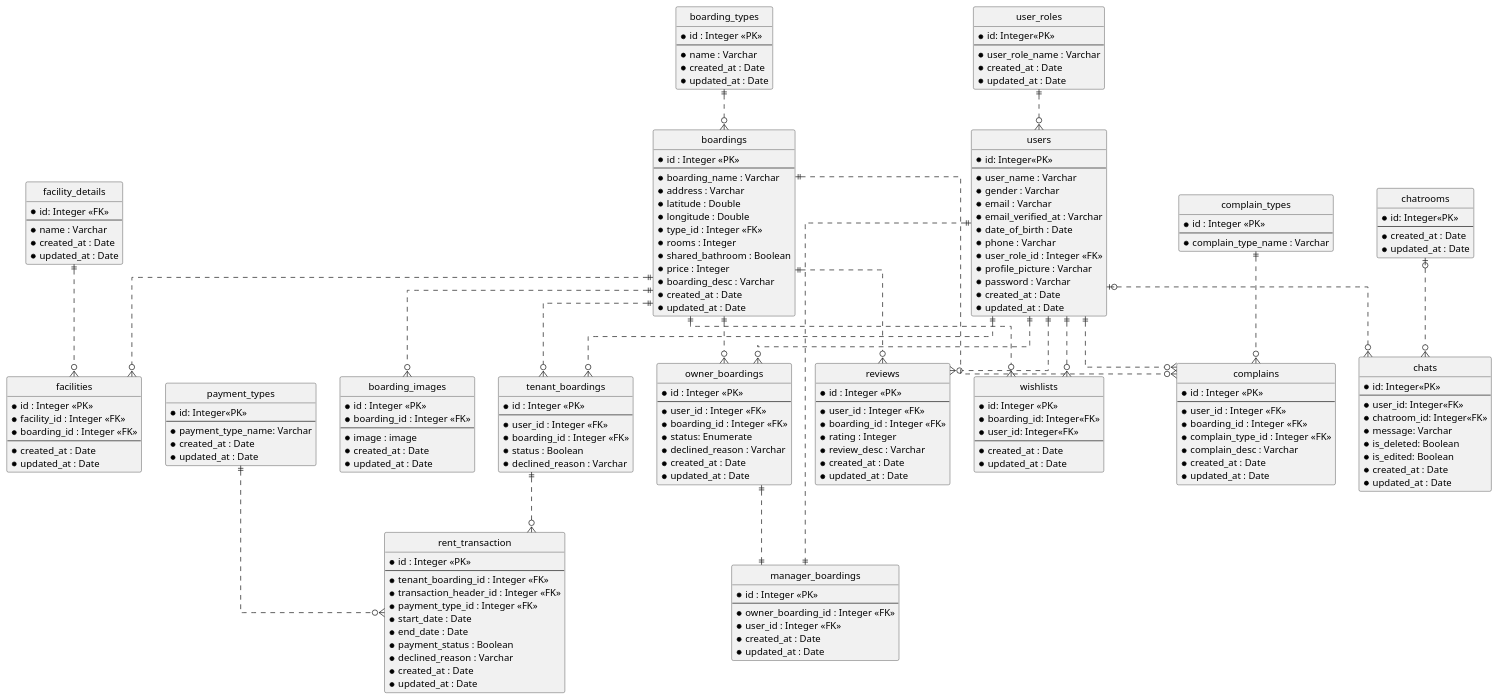
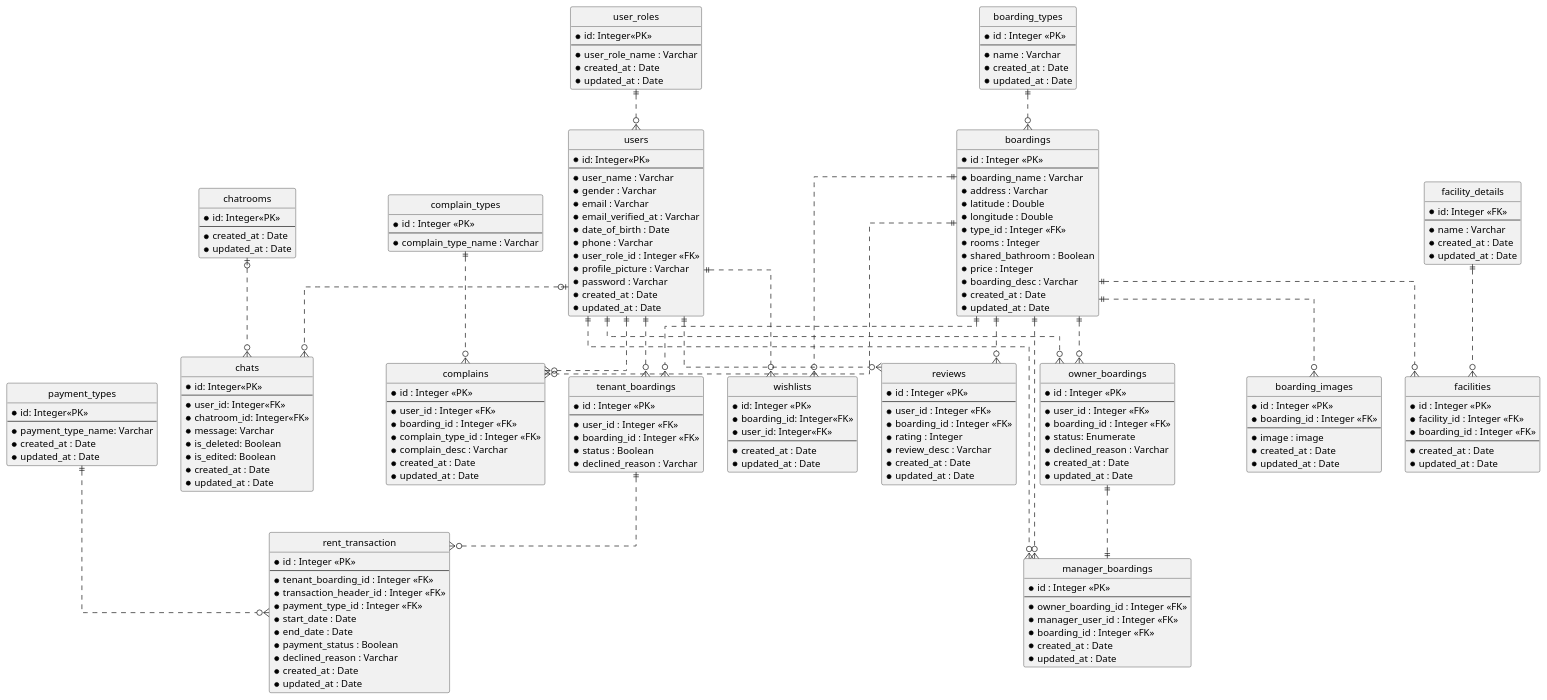
The diagram in Design/BHFMS_ERD.puml (AntWort21/BHFMS), drawn with PlantUML before and after one commit. The commit also changed 17 other files, not shown here.

```diff
--- a/Design/BHFMS_ERD.puml
+++ b/Design/BHFMS_ERD.puml
@@ -127,7 +127,8 @@
   *id : Integer <<PK>>
   --
   *owner_boarding_id : Integer <<FK>>
-  *user_id : Integer <<FK>>
+  *manager_user_id : Integer <<FK>>
+  *boarding_id : Integer <<FK>>
   *created_at : Date
   *updated_at : Date
 }
@@ -211,7 +212,8 @@
 usr ||..o{ lobh
 bh ||..o{ lobh
 
-usr ||..|| mabh
+usr ||..o{ mabh
+bh ||.o{ mabh
 lobh ||..|| mabh
 
 usr ||..o{ rvw
```
